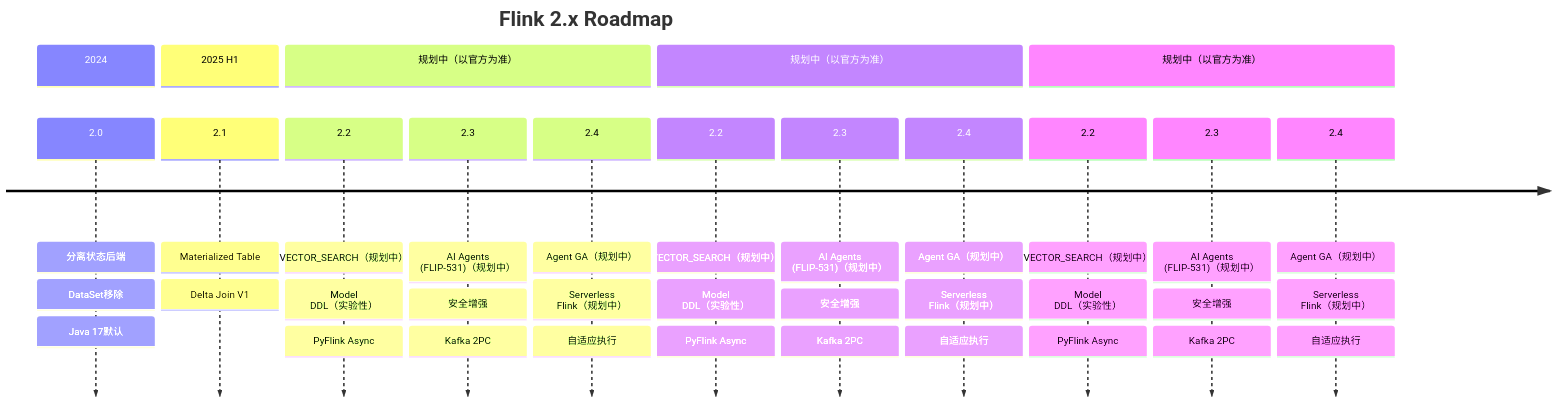
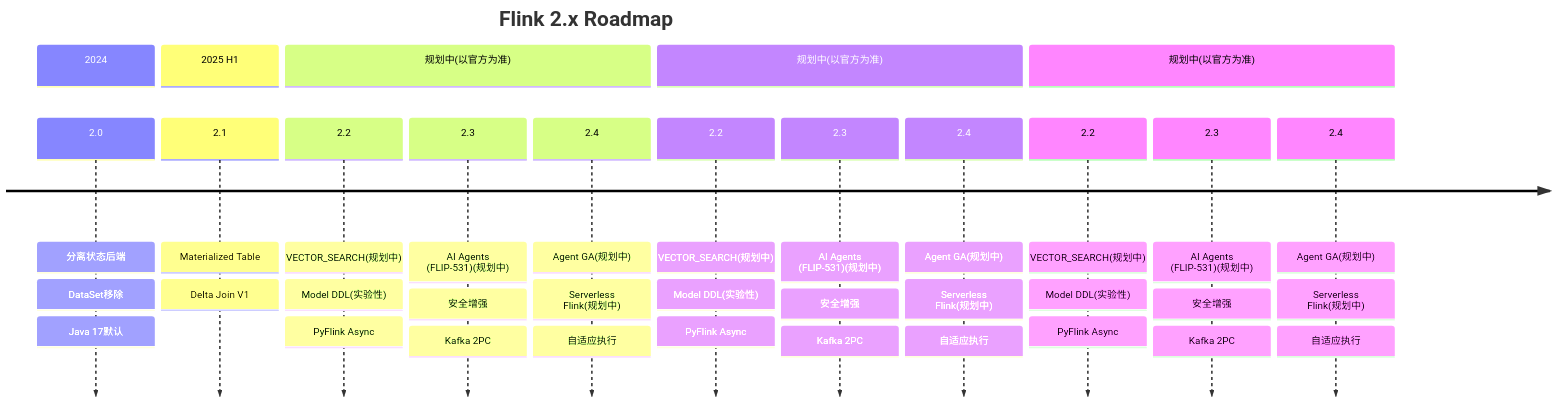
Before and after one commit to AdaMartin18010/AnalysisDataFlow: the first of 2 diagrams in Flink/08-roadmap/08.01-flink-24/flink-2.3-2.4-roadmap.md, drawn with Mermaid. The commit also changed other lines of this file and 634 other files, not shown here.

````diff
--- a/Flink/08-roadmap/08.01-flink-24/flink-2.3-2.4-roadmap.md
+++ b/Flink/08-roadmap/08.01-flink-24/flink-2.3-2.4-roadmap.md
@@ -358,28 +358,28 @@
 ```mermaid
 timeline
     title Flink 2.x Roadmap
 
     section 2024
         2.0 : 分离状态后端
             : DataSet移除
             : Java 17默认
 
     section 2025 H1
         2.1 : Materialized Table
             : Delta Join V1
 
-    section 规划中（以官方为准）
-        2.2 : VECTOR_SEARCH（规划中）
-            : Model DDL（实验性）
+    section 规划中(以官方为准)
+        2.2 : VECTOR_SEARCH(规划中)
+            : Model DDL(实验性)
             : PyFlink Async
 
-    section 规划中（以官方为准）
-        2.3 : AI Agents (FLIP-531)（规划中）
+    section 规划中(以官方为准)
+        2.3 : AI Agents (FLIP-531)(规划中)
             : 安全增强
             : Kafka 2PC
 
-    section 规划中（以官方为准）
-        2.4 : Agent GA（规划中）
-            : Serverless Flink（规划中）
+    section 规划中(以官方为准)
+        2.4 : Agent GA(规划中)
+            : Serverless Flink(规划中)
             : 自适应执行
 ```
````
